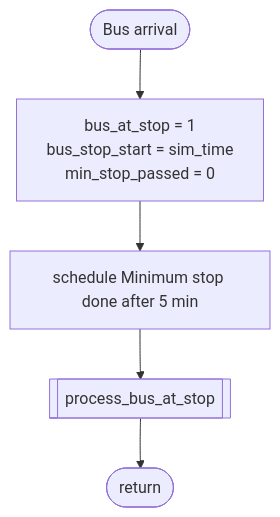
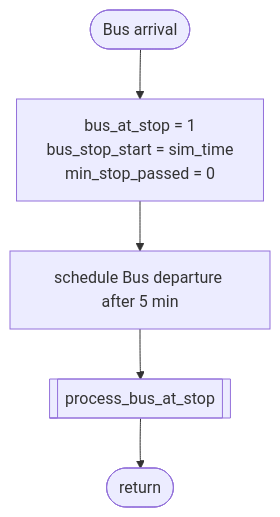
Before and after one commit to carllix/bus-event-simulation: the fifth of 8 diagrams in README.md, drawn with Mermaid. The commit also changed other lines of this file and 3 other files, not shown here.

Commit message:
fix: delte min stop done vent

````diff
--- a/README.md
+++ b/README.md
@@ -232,7 +232,7 @@
 ```mermaid
 flowchart TD
     S([Bus arrival]) --> A["bus_at_stop = 1<br/>bus_stop_start = sim_time<br/>min_stop_passed = 0"]
-    A --> B["schedule Minimum stop done after 5 min"]
+    A --> B["schedule Bus departure after 5 min"]
     B --> P[[process_bus_at_stop]]
     P --> E([return])
 ```
````
